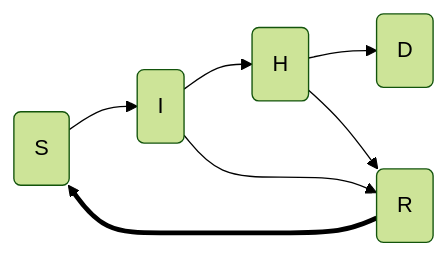
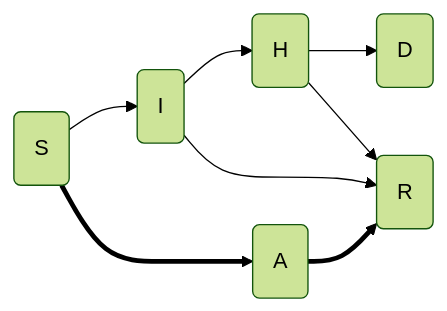
Before and after one commit to CalvinMT/TrustVaccSim: the second of 3 diagrams in concept/simplistic_step_by_step.md, drawn with Mermaid (forest theme). The commit also changed other lines of this file and 1 other file, not shown here.

````diff
--- a/concept/simplistic_step_by_step.md
+++ b/concept/simplistic_step_by_step.md
@@ -66,9 +55,10 @@
 ```mermaid
 flowchart LR
     S(S) --> I
+    S ==> A
     I(I) --> H
     H(H) --> D(D)
-    H --> R
+    H --> R(R)
     I --> R
-    R(R) ==> S
+    A(A) ==> R
 ```
````
